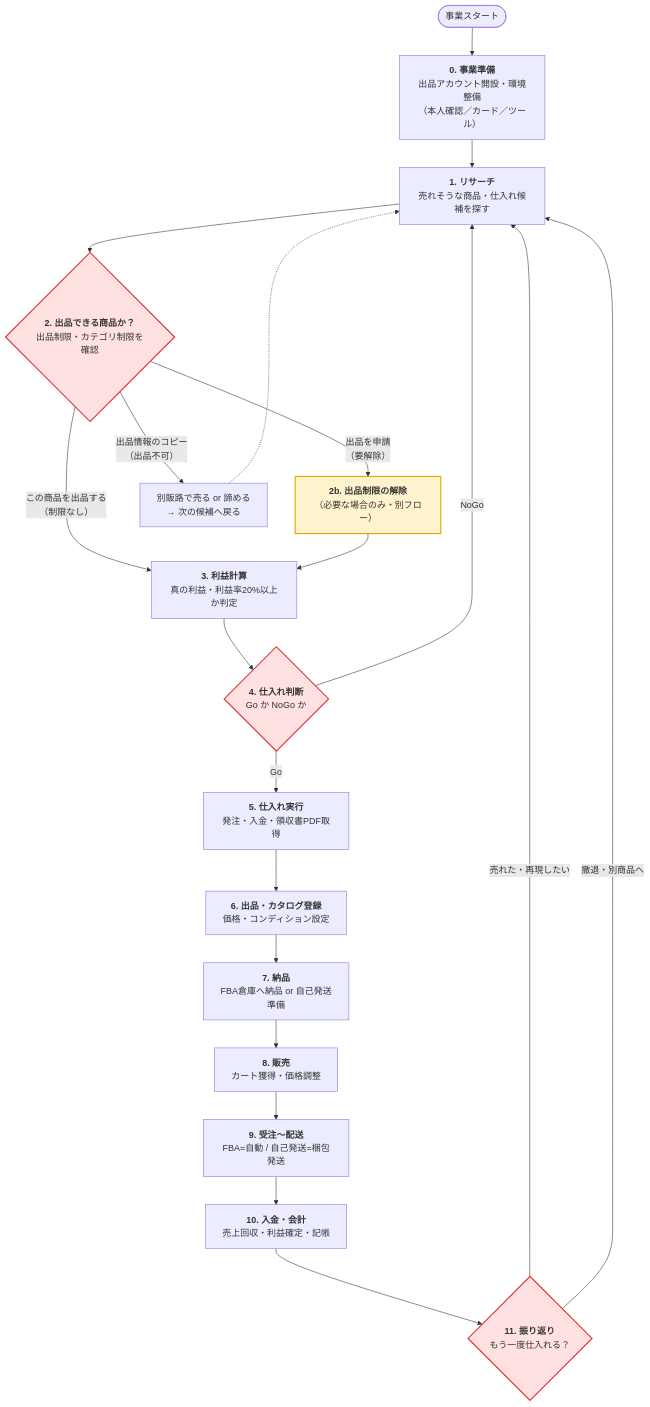
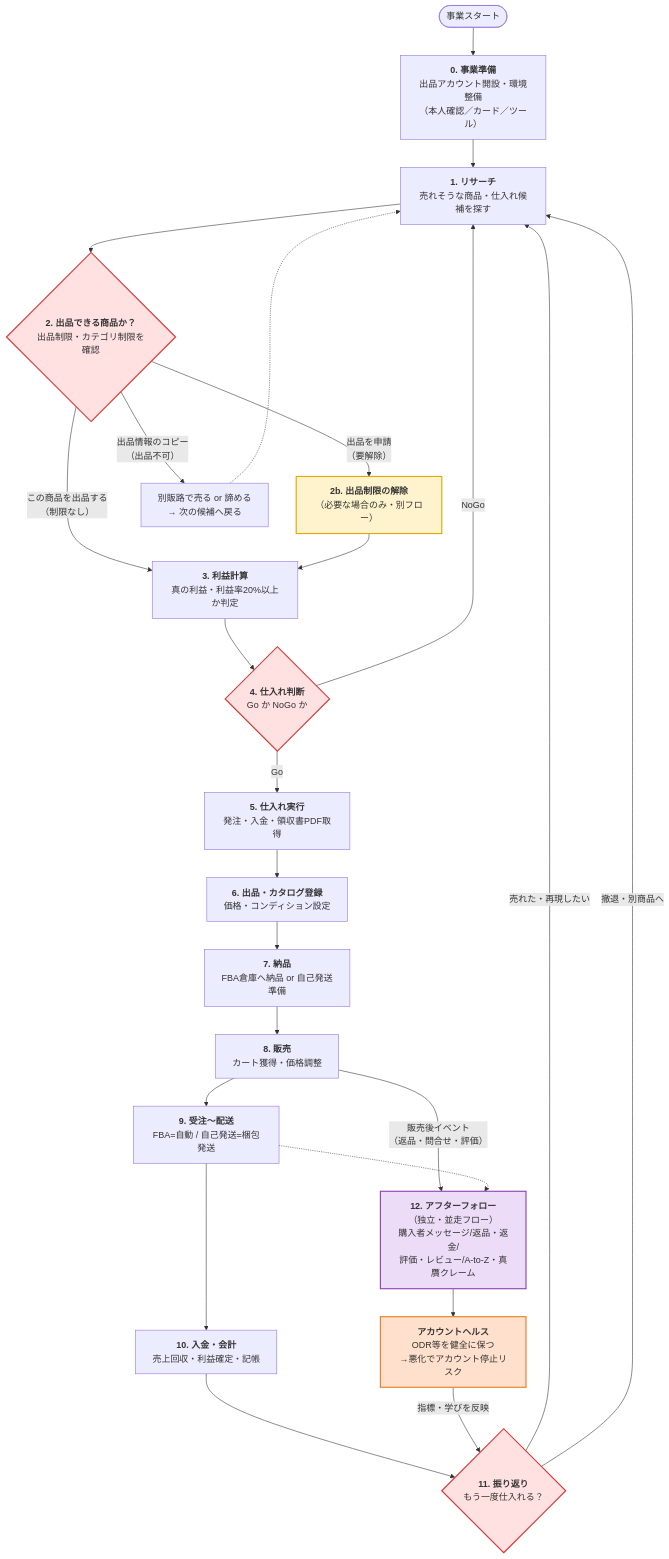
The diagram in workspace/output/deliverables/T-20260529-001/01_overview-flow.md (Yukinori1018/ai-company-amazon_buppan), drawn with Mermaid before and after one commit. The commit also changed other lines of this file and 3 other files, not shown here.

````diff
--- a/workspace/output/deliverables/T-20260529-001/01_overview-flow.md
+++ b/workspace/output/deliverables/T-20260529-001/01_overview-flow.md
@@ -21,36 +21,47 @@
 ```mermaid
 flowchart TD
     S([事業スタート]) --> P0
 
     P0["<b>0. 事業準備</b><br/>出品アカウント開設・環境整備<br/>（本人確認／カード／ツール）"]
     P1["<b>1. リサーチ</b><br/>売れそうな商品・仕入れ候補を探す"]
     G1{"<b>2. 出品できる商品か？</b><br/>出品制限・カテゴリ制限を確認"}
     P3["<b>3. 利益計算</b><br/>真の利益・利益率20%以上か判定"]
     G2{"<b>4. 仕入れ判断</b><br/>Go か NoGo か"}
     REL["<b>2b. 出品制限の解除</b><br/>（必要な場合のみ・別フロー）"]
     P5["<b>5. 仕入れ実行</b><br/>発注・入金・領収書PDF取得"]
     P7["<b>6. 出品・カタログ登録</b><br/>価格・コンディション設定"]
     P8["<b>7. 納品</b><br/>FBA倉庫へ納品 or 自己発送準備"]
     P9["<b>8. 販売</b><br/>カート獲得・価格調整"]
     P10["<b>9. 受注〜配送</b><br/>FBA=自動 / 自己発送=梱包発送"]
     P11["<b>10. 入金・会計</b><br/>売上回収・利益確定・記帳"]
     P12{"<b>11. 振り返り</b><br/>もう一度仕入れる？"}
 
     P0 --> P1 --> G1
     G1 -->|"この商品を出品する<br/>（制限なし）"| P3
     G1 -->|"出品を申請<br/>（要解除）"| REL
     G1 -->|"出品情報のコピー<br/>（出品不可）"| X1["別販路で売る or 諦める<br/>→ 次の候補へ戻る"]
     REL --> P3
     X1 -.-> P1
     P3 --> G2
     G2 -->|"NoGo"| P1
     G2 -->|"Go"| P5
     P5 --> P7 --> P8 --> P9 --> P10 --> P11 --> P12
     P12 -->|"売れた・再現したい"| P1
     P12 -->|"撤退・別商品へ"| P1
 
+    AF["<b>12. アフターフォロー</b><br/>（独立・並走フロー）<br/>購入者メッセージ/返品・返金/<br/>評価・レビュー/A-to-Z・真贋クレーム"]
+    AH["<b>アカウントヘルス</b><br/>ODR等を健全に保つ<br/>→悪化でアカウント停止リスク"]
+    P9 -->|"販売後イベント<br/>（返品・問合せ・評価）"| AF
+    P10 -.-> AF
+    AF --> AH
+    AH -->|"指標・学びを反映"| P12
+
     classDef gate fill:#ffe1e1,stroke:#d33,stroke-width:2px;
     classDef rel fill:#fff3cd,stroke:#e0a800,stroke-width:2px;
+    classDef after fill:#ecdcf7,stroke:#8e44ad,stroke-width:2px;
+    classDef health fill:#ffe0cc,stroke:#e67e22,stroke-width:2px;
     class G1,G2,P12 gate;
     class REL rel;
+    class AF after;
+    class AH health;
 ```
````
